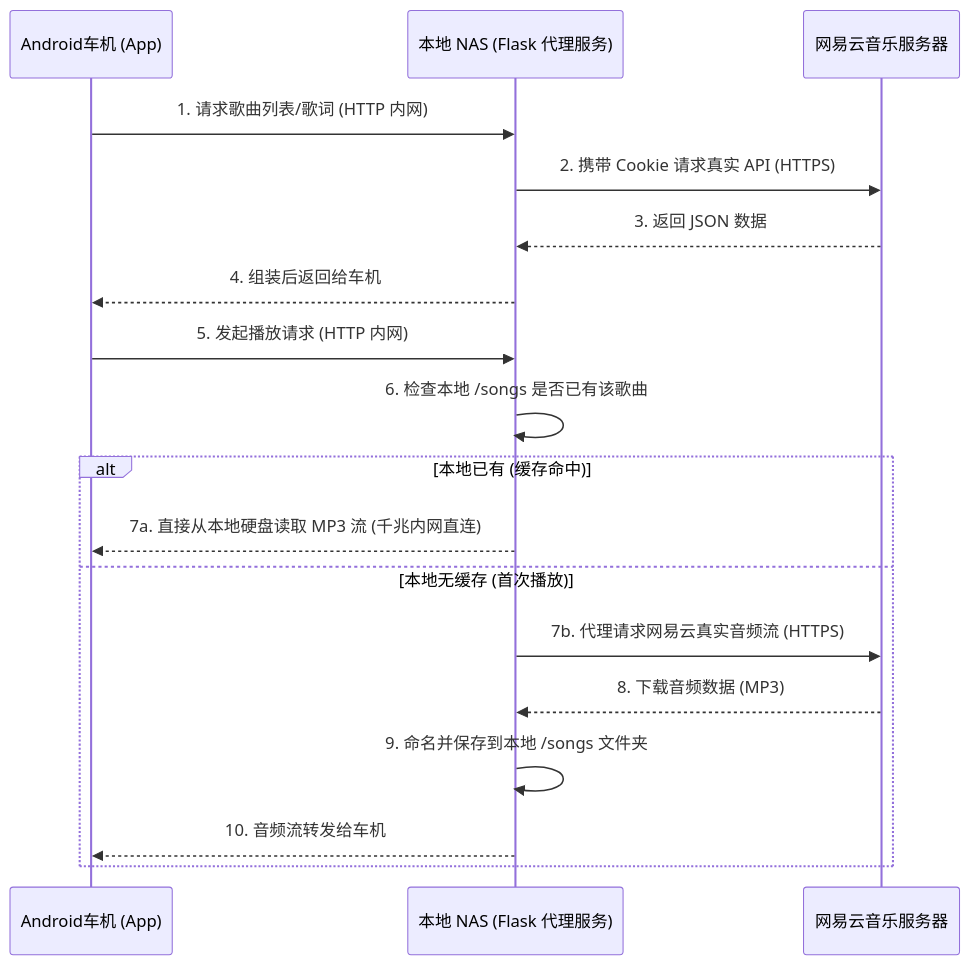
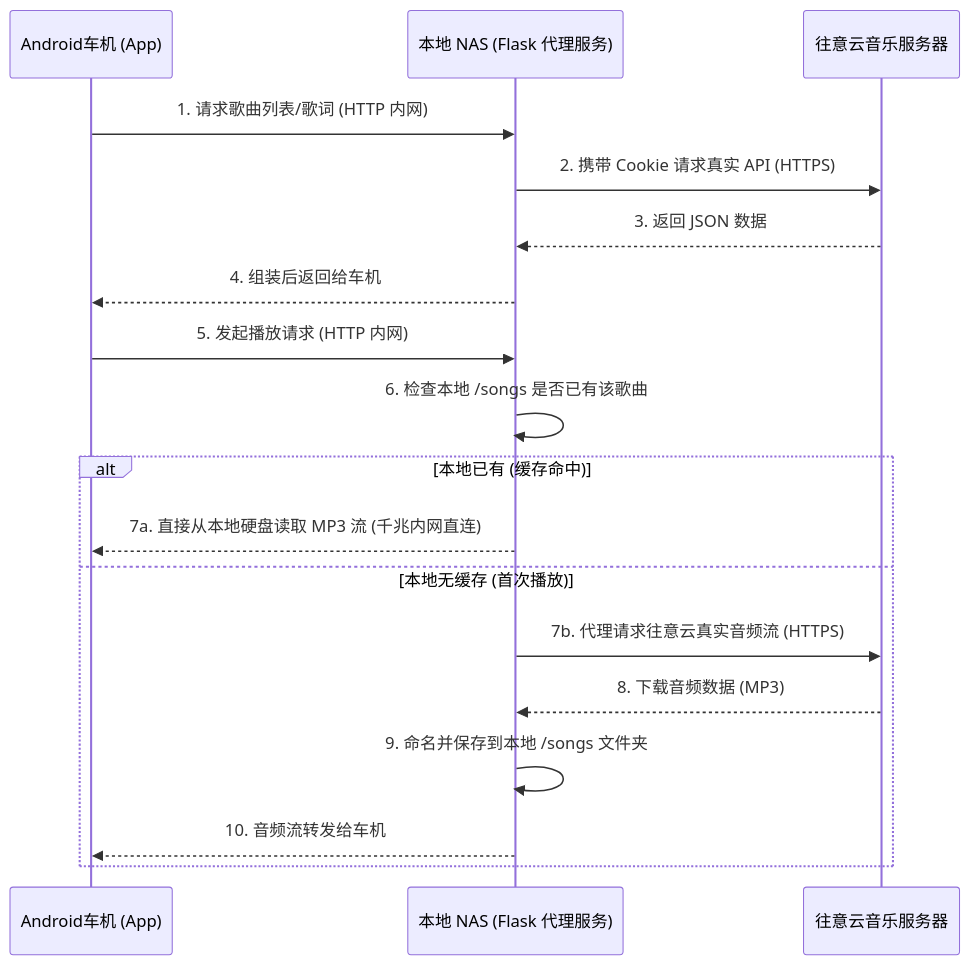
One commit to wang25669/myfm changed the diagram in README.md. Above: the diagram before and after it, drawn with Mermaid. The commit also changed other lines of this file, not shown here.

````diff
--- a/README.md
+++ b/README.md
@@ -23,22 +23,22 @@
 ```mermaid
 sequenceDiagram
     participant App as Android车机 (App)
     participant NAS as 本地 NAS (Flask 代理服务)
-    participant Netease as 网易云音乐服务器
+    participant Netease as 往意云音乐服务器
 
     App->>NAS: 1. 请求歌曲列表/歌词 (HTTP 内网)
     NAS->>Netease: 2. 携带 Cookie 请求真实 API (HTTPS)
     Netease-->>NAS: 3. 返回 JSON 数据
     NAS-->>App: 4. 组装后返回给车机
 
     App->>NAS: 5. 发起播放请求 (HTTP 内网)
     NAS->>NAS: 6. 检查本地 /songs 是否已有该歌曲
     alt 本地已有 (缓存命中)
         NAS-->>App: 7a. 直接从本地硬盘读取 MP3 流 (千兆内网直连)
     else 本地无缓存 (首次播放)
-        NAS->>Netease: 7b. 代理请求网易云真实音频流 (HTTPS)
+        NAS->>Netease: 7b. 代理请求往意云真实音频流 (HTTPS)
         Netease-->>NAS: 8. 下载音频数据 (MP3)
         NAS->>NAS: 9. 命名并保存到本地 /songs 文件夹
         NAS-->>App: 10. 音频流转发给车机
     end
 ```
````
